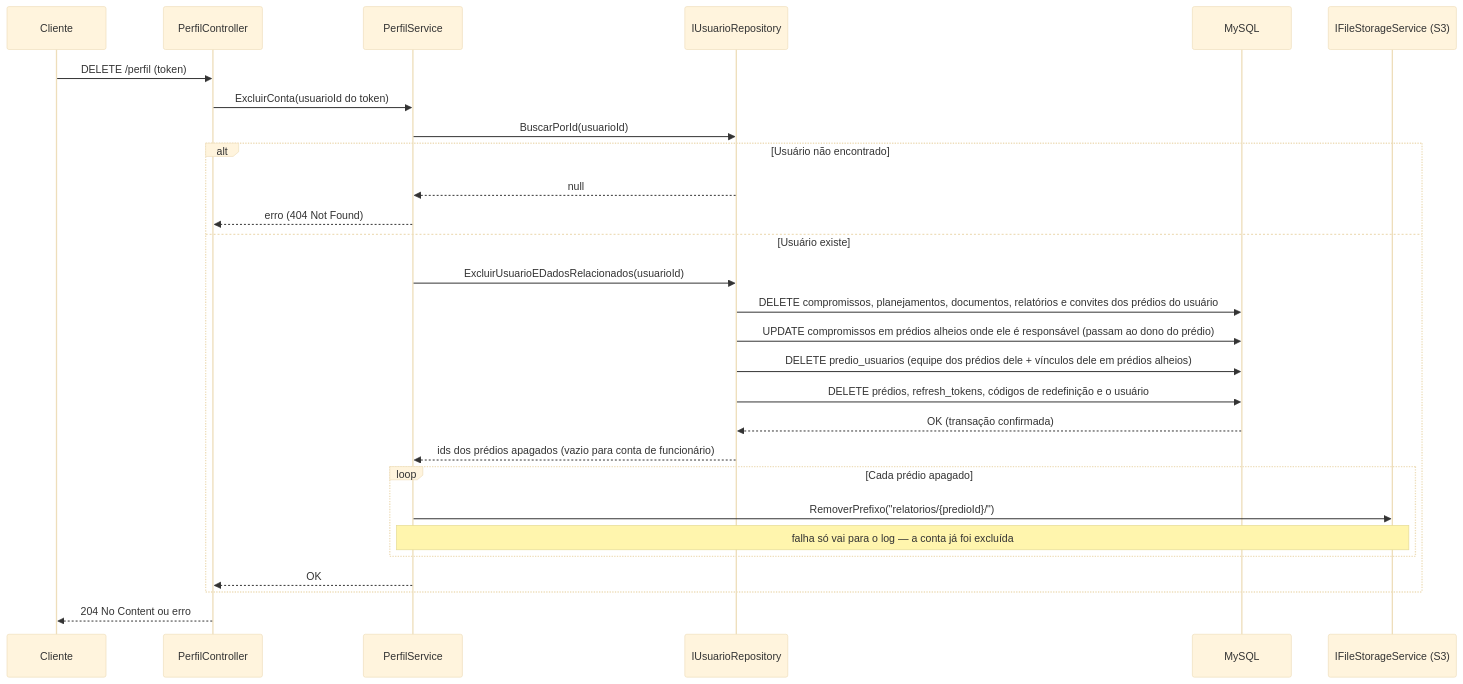
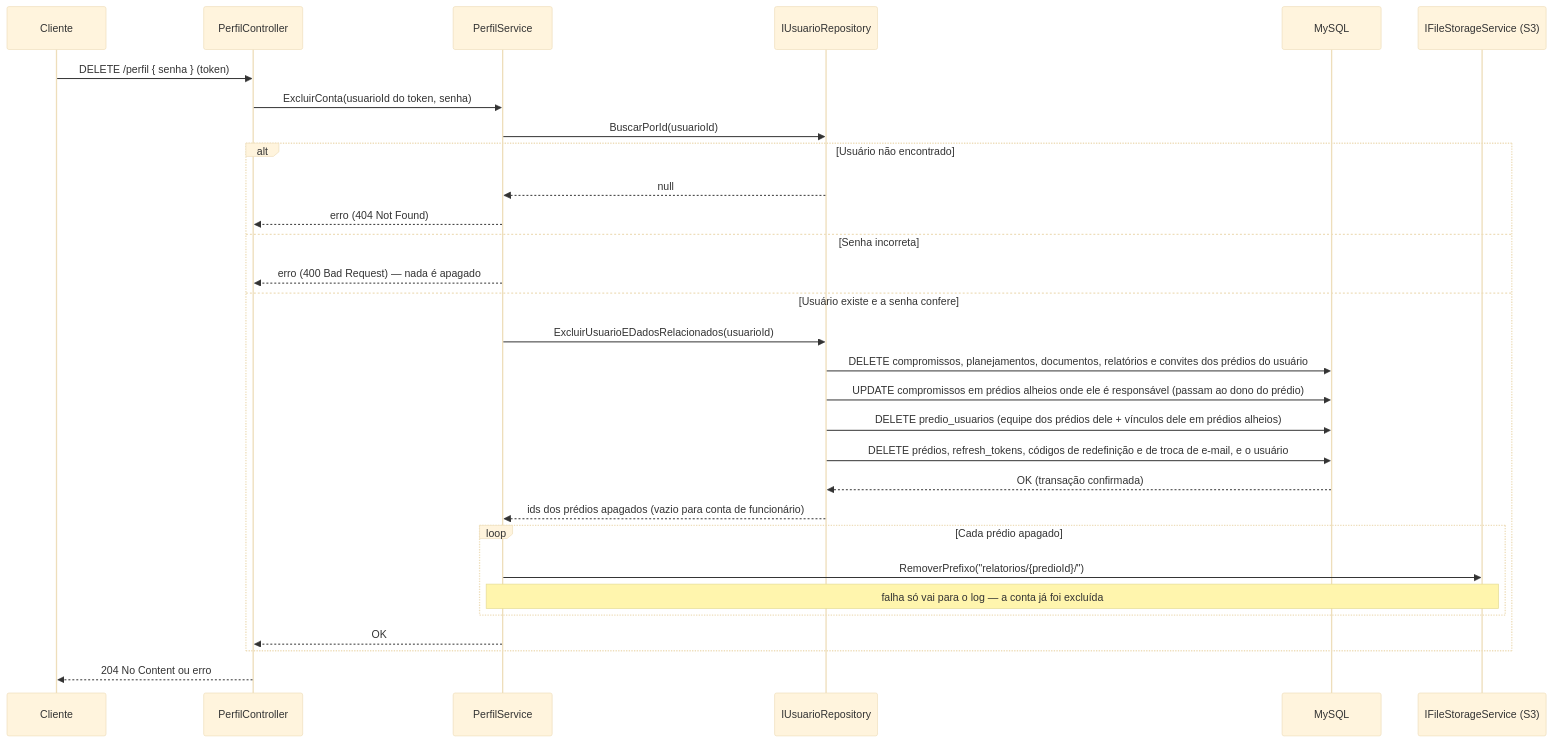
One commit to pdrollucas/euSindico changed the seventh of 9 diagrams in backend/documentation/AUTHENTICATION.md. Above: the diagram before and after it, drawn with Mermaid (base theme). The commit also changed other lines of this file and 2 other files, not shown here.

Commit message:
docs: document settings flows in RFC 2.8.0 and backend docs

````diff
--- a/backend/documentation/AUTHENTICATION.md
+++ b/backend/documentation/AUTHENTICATION.md
@@ -328,31 +332,33 @@
 ```mermaid
 sequenceDiagram
     participant C as Cliente
     participant P as PerfilController
     participant S as PerfilService
     participant R as IUsuarioRepository
     participant DB as MySQL
     participant FS as IFileStorageService (S3)
 
-    C->>P: DELETE /perfil (token)
-    P->>S: ExcluirConta(usuarioId do token)
+    C->>P: DELETE /perfil { senha } (token)
+    P->>S: ExcluirConta(usuarioId do token, senha)
     S->>R: BuscarPorId(usuarioId)
     alt Usuário não encontrado
         R-->>S: null
         S-->>P: erro (404 Not Found)
-    else Usuário existe
+    else Senha incorreta
+        S-->>P: erro (400 Bad Request) — nada é apagado
+    else Usuário existe e a senha confere
         S->>R: ExcluirUsuarioEDadosRelacionados(usuarioId)
         R->>DB: DELETE compromissos, planejamentos, documentos, relatórios e convites dos prédios do usuário
         R->>DB: UPDATE compromissos em prédios alheios onde ele é responsável (passam ao dono do prédio)
         R->>DB: DELETE predio_usuarios (equipe dos prédios dele + vínculos dele em prédios alheios)
-        R->>DB: DELETE prédios, refresh_tokens, códigos de redefinição e o usuário
+        R->>DB: DELETE prédios, refresh_tokens, códigos de redefinição e de troca de e-mail, e o usuário
         DB-->>R: OK (transação confirmada)
         R-->>S: ids dos prédios apagados (vazio para conta de funcionário)
         loop Cada prédio apagado
             S->>FS: RemoverPrefixo("relatorios/{predioId}/")
             Note over S,FS: falha só vai para o log — a conta já foi excluída
         end
         S-->>P: OK
     end
     P-->>C: 204 No Content ou erro
 ```
````
